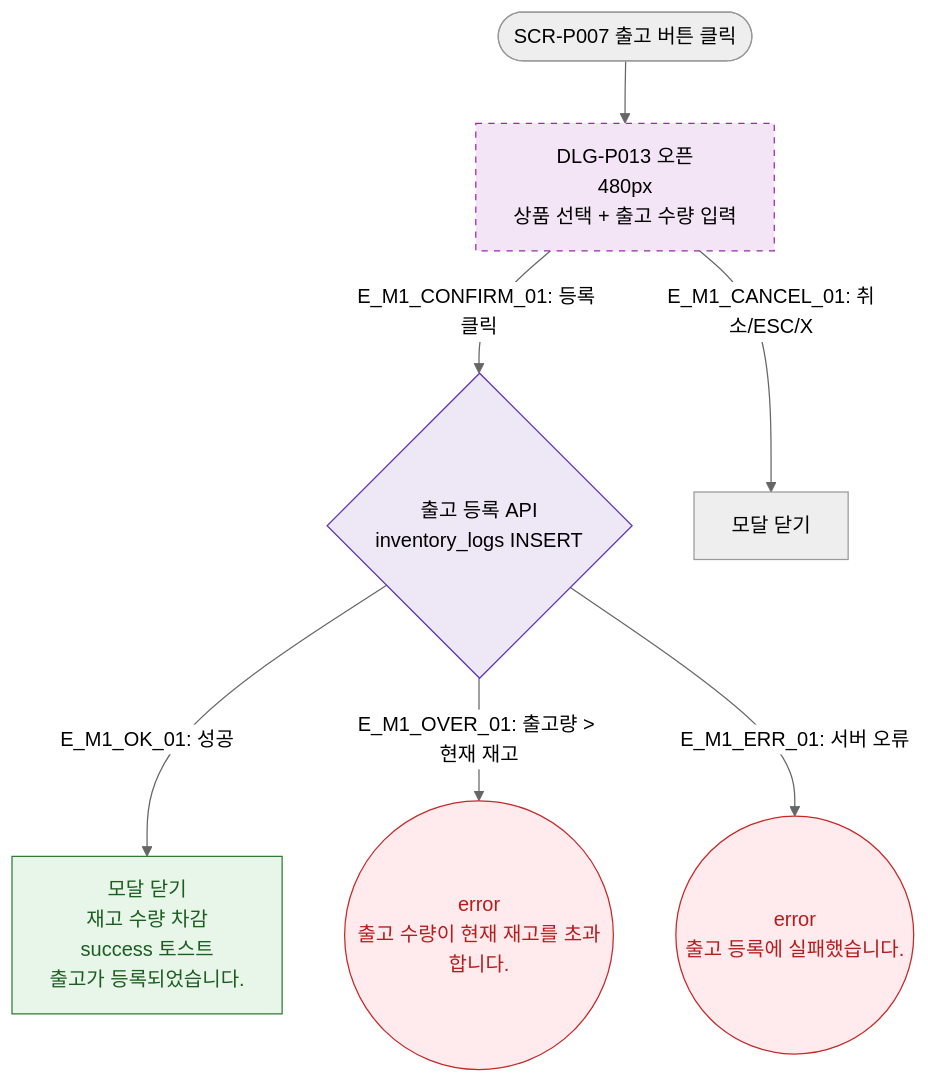
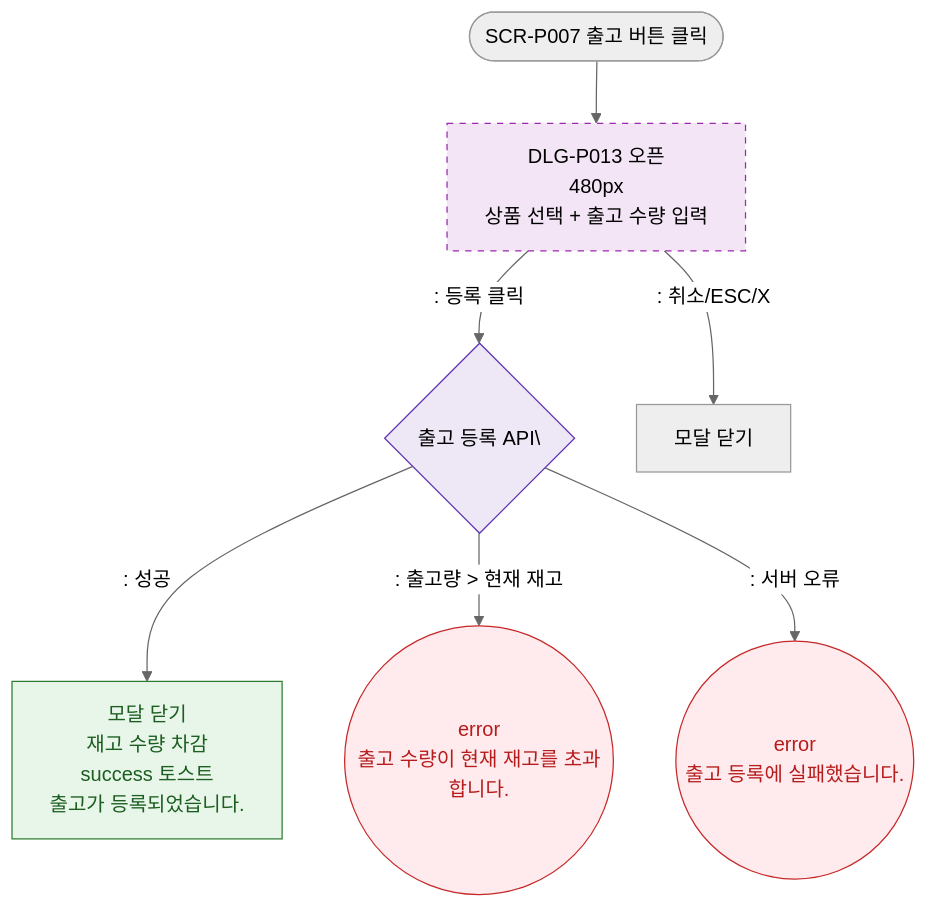
The diagram in docs/다이어그램/D05_상품관리/DLG/DLG-P013_출고등록/M1_모달생명주기.md (dev-spogym/admin-pando), drawn with Mermaid (neutral theme) before and after one commit. The commit also changed other lines of this file and 1660 other files, not shown here.

First line of the commit message:
다이어그램: 기획자/클라이언트 납품본으로 정리

````diff
--- a/docs/다이어그램/D05_상품관리/DLG/DLG-P013_출고등록/M1_모달생명주기.md
+++ b/docs/다이어그램/D05_상품관리/DLG/DLG-P013_출고등록/M1_모달생명주기.md
@@ -16,19 +14,19 @@
 ```mermaid
 flowchart TD
     TRIGGER([SCR-P007 출고 버튼 클릭]) --> OpenModal[DLG-P013 오픈\n480px\n상품 선택 + 출고 수량 입력]
-    OpenModal -->|"E_M1_CONFIRM_01: 등록 클릭"| SaveAPI{출고 등록 API\ninventory_logs INSERT}
-    OpenModal -->|"E_M1_CANCEL_01: 취소/ESC/X"| Closed[모달 닫기]
+    OpenModal -->|": 등록 클릭"|SaveAPI{출고 등록 API\}
+    OpenModal -->|": 취소/ESC/X"|Closed[모달 닫기]
 
-    SaveAPI -->|"E_M1_OK_01: 성공"| CloseSuccess[모달 닫기\n재고 수량 차감\nsuccess 토스트\n출고가 등록되었습니다.]
-    SaveAPI -->|"E_M1_OVER_01: 출고량 > 현재 재고"| OutErr((error\n출고 수량이 현재 재고를 초과합니다.))
-    SaveAPI -->|"E_M1_ERR_01: 서버 오류"| SaveErr((error\n출고 등록에 실패했습니다.))
+    SaveAPI -->|": 성공"|CloseSuccess[모달 닫기\n재고 수량 차감\nsuccess 토스트\n출고가 등록되었습니다.]
+    SaveAPI -->|": 출고량 > 현재 재고"|OutErr((error\n출고 수량이 현재 재고를 초과합니다.))
+    SaveAPI -->|": 서버 오류"|SaveErr((error\n출고 등록에 실패했습니다.))
 
     classDef newFeature fill:#F3E5F5,stroke:#9C27B0,stroke-dasharray:5 5
     classDef success fill:#E8F5E9,stroke:#2E7D32,color:#1B5E20
     classDef error fill:#FFEBEE,stroke:#C62828,color:#B71C1C
     classDef system fill:#EDE7F6,stroke:#5E35B2
     class OpenModal newFeature
     class CloseSuccess success
     class OutErr,SaveErr error
     class SaveAPI system
 ```
````
